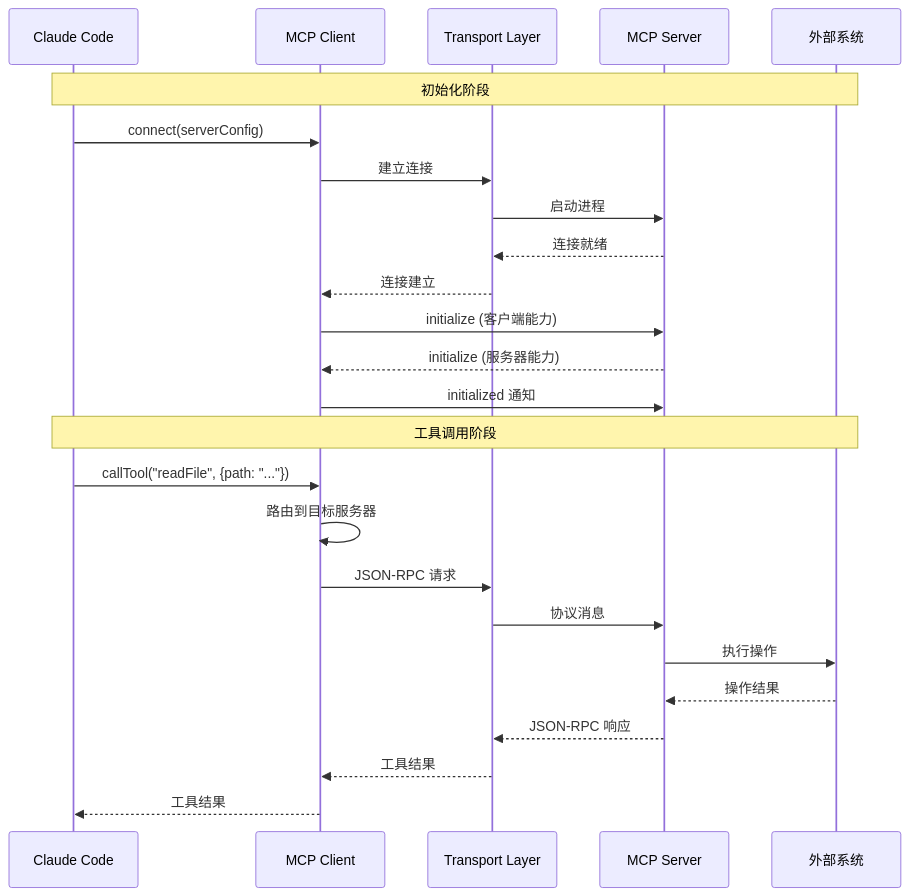
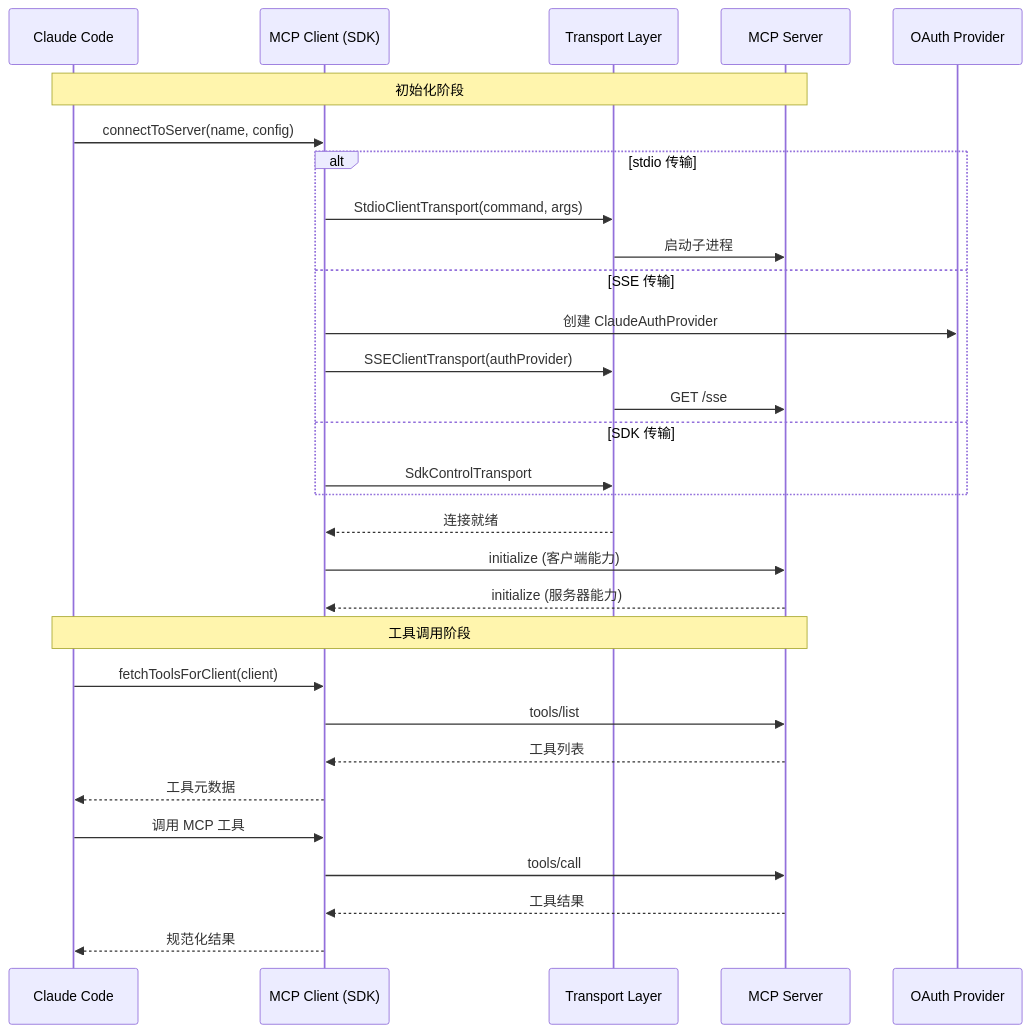
One commit to niuma996/claude-code-sourcemap-wiki changed the second of 3 diagrams in .nium-wiki/wiki/services/mcp.md. Above: the diagram before and after it, drawn with Mermaid. The commit also changed other lines of this file and 19 other files, not shown here.

````diff
--- a/.nium-wiki/wiki/services/mcp.md
+++ b/.nium-wiki/wiki/services/mcp.md
@@ -104,30 +190,36 @@
 ```mermaid
 sequenceDiagram
     participant Claude as Claude Code
-    participant Client as MCP Client
+    participant Client as MCP Client (SDK)
     participant Transport as Transport Layer
     participant Server as MCP Server
-    participant External as 外部系统
+    participant Auth as OAuth Provider
 
-    Note over Claude,External: 初始化阶段
-    Claude->>Client: connect(serverConfig)
-    Client->>Transport: 建立连接
-    Transport->>Server: 启动进程
-    Server-->>Transport: 连接就绪
-    Transport-->>Client: 连接建立
+    Note over Claude,Server: 初始化阶段
+    Claude->>Client: connectToServer(name, config)
+    alt stdio 传输
+        Client->>Transport: StdioClientTransport(command, args)
+        Transport->>Server: 启动子进程
+    else SSE 传输
+        Client->>Auth: 创建 ClaudeAuthProvider
+        Client->>Transport: SSEClientTransport(authProvider)
+        Transport->>Server: GET /sse
+    else SDK 传输
+        Client->>Transport: SdkControlTransport
+    end
+    Transport-->>Client: 连接就绪
 
     Client->>Server: initialize (客户端能力)
     Server-->>Client: initialize (服务器能力)
-    Client->>Server: initialized 通知
 
-    Note over Claude,External: 工具调用阶段
-    Claude->>Client: callTool("readFile", {path: "..."})
-    Client->>Client: 路由到目标服务器
-    Client->>Transport: JSON-RPC 请求
-    Transport->>Server: 协议消息
-    Server->>External: 执行操作
-    External-->>Server: 操作结果
-    Server-->>Transport: JSON-RPC 响应
-    Transport-->>Client: 工具结果
-    Client-->>Claude: 工具结果
+    Note over Claude,Server: 工具调用阶段
+    Claude->>Client: fetchToolsForClient(client)
+    Client->>Server: tools/list
+    Server-->>Client: 工具列表
+    Client-->>Claude: 工具元数据
+
+    Claude->>Client: 调用 MCP 工具
+    Client->>Server: tools/call
+    Server-->>Client: 工具结果
+    Client-->>Claude: 规范化结果
 ```
````
